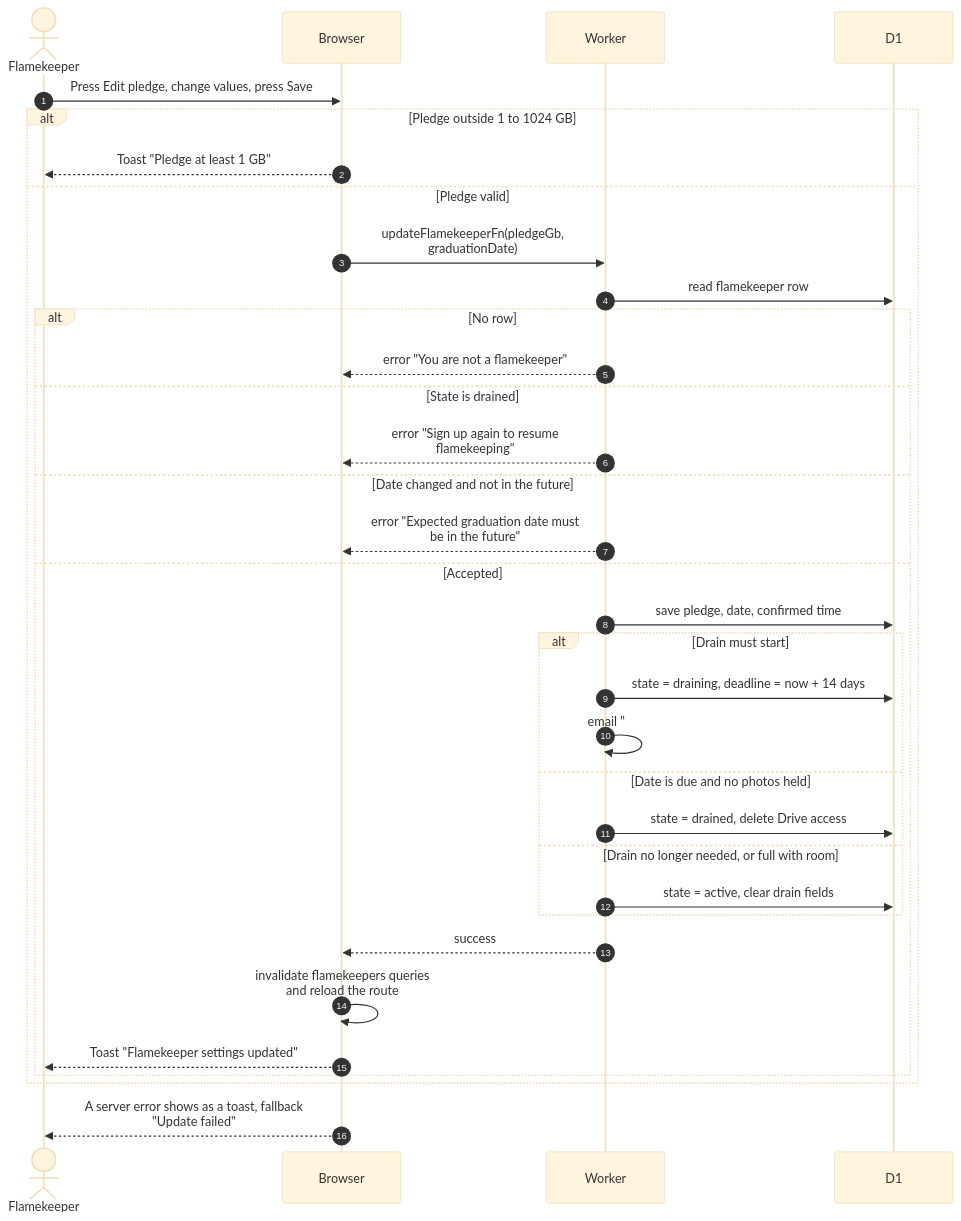
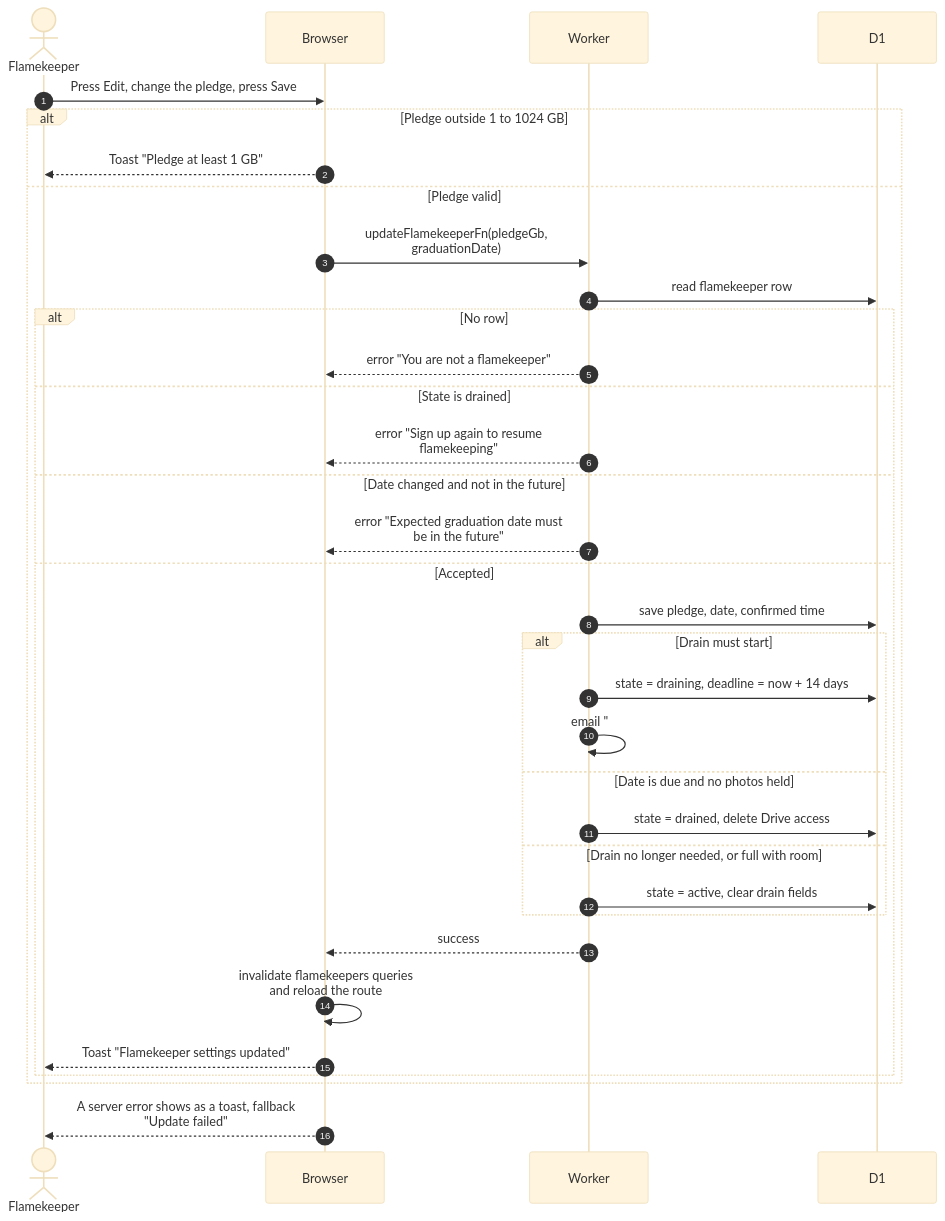
Before and after one commit to sagyzdop/meriksirat: the diagram in docs/scenarios/flamekeepers/change-pledge.md, drawn with Mermaid (base theme). The commit also changed other lines of this file and 33 other files, not shown here.

````diff
--- a/docs/scenarios/flamekeepers/change-pledge.md
+++ b/docs/scenarios/flamekeepers/change-pledge.md
@@ -29,36 +29,36 @@
 ```mermaid
 sequenceDiagram
     autonumber
     actor F as Flamekeeper
     participant Browser
     participant Worker
     participant D1
-    F->>Browser: Press Edit pledge, change values, press Save
+    F->>Browser: Press Edit, change the pledge, press Save
     alt Pledge outside 1 to 1024 GB
         Browser-->>F: Toast "Pledge at least 1 GB"
     else Pledge valid
         Browser->>Worker: updateFlamekeeperFn(pledgeGb,<br/>graduationDate)
         Worker->>D1: read flamekeeper row
         alt No row
             Worker-->>Browser: error "You are not a flamekeeper"
         else State is drained
             Worker-->>Browser: error "Sign up again to resume<br/>flamekeeping"
         else Date changed and not in the future
             Worker-->>Browser: error "Expected graduation date must<br/>be in the future"
         else Accepted
             Worker->>D1: save pledge, date, confirmed time
             alt Drain must start
                 Worker->>D1: state = draining, deadline = now + 14 days
                 Worker->>Worker: email "#savenuimg: we are moving<br/>your photos"
             else Date is due and no photos held
                 Worker->>D1: state = drained, delete Drive access
             else Drain no longer needed, or full with room
                 Worker->>D1: state = active, clear drain fields
             end
             Worker-->>Browser: success
             Browser->>Browser: invalidate flamekeepers queries<br/>and reload the route
             Browser-->>F: Toast "Flamekeeper settings updated"
         end
     end
     Browser-->>F: A server error shows as a toast, fallback<br/>"Update failed"
 ```
````
